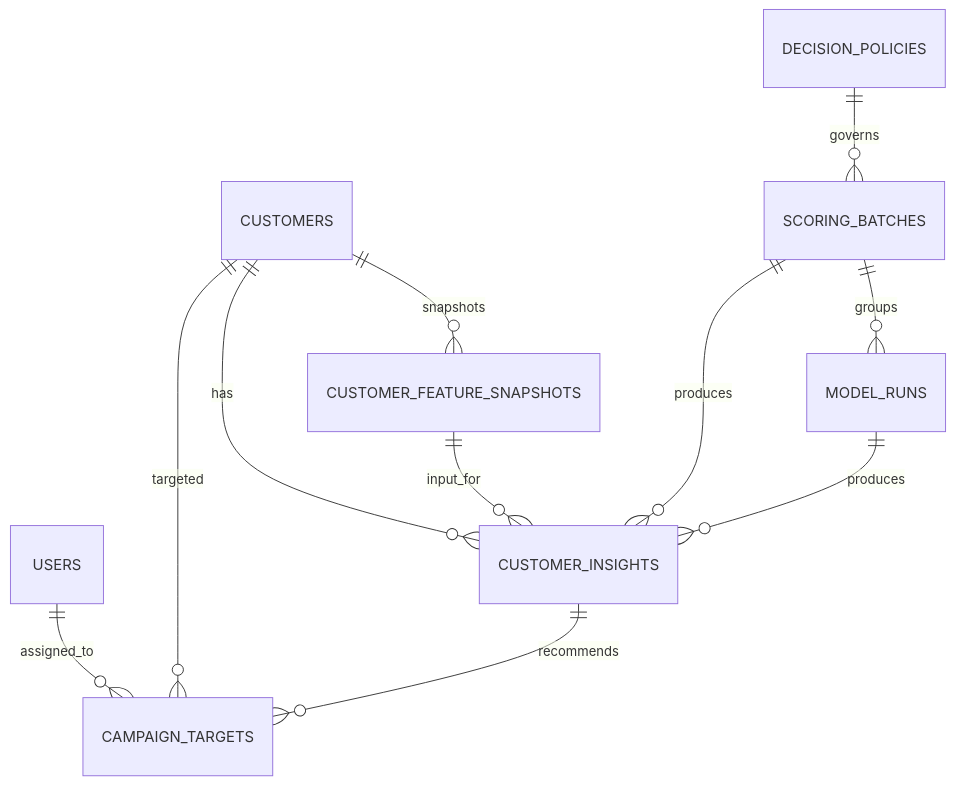
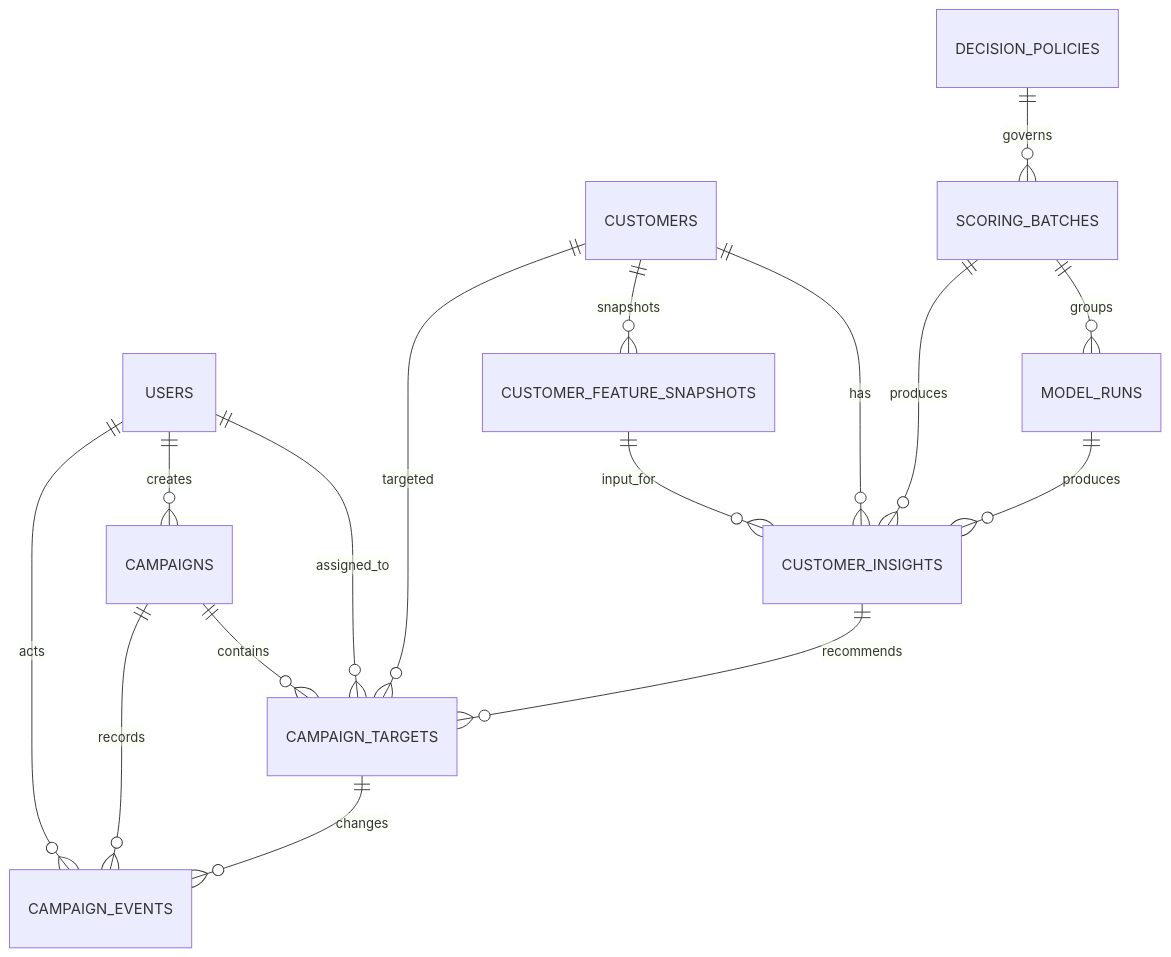
One commit to SKN-34-castleuk/SKN34-2nd-4Team changed the diagram in docs/database_schema.md. Above: the diagram before and after it, drawn with Mermaid. The commit also changed other lines of this file and 22 other files, not shown here.

````diff
--- a/docs/database_schema.md
+++ b/docs/database_schema.md
@@ -12,13 +12,18 @@
 ```mermaid
 erDiagram
     USERS ||--o{ CAMPAIGN_TARGETS : assigned_to
+    USERS ||--o{ CAMPAIGNS : creates
+    USERS ||--o{ CAMPAIGN_EVENTS : acts
     CUSTOMERS ||--o{ CUSTOMER_INSIGHTS : has
     CUSTOMERS ||--o{ CUSTOMER_FEATURE_SNAPSHOTS : snapshots
     CUSTOMER_FEATURE_SNAPSHOTS ||--o{ CUSTOMER_INSIGHTS : input_for
     CUSTOMERS ||--o{ CAMPAIGN_TARGETS : targeted
     DECISION_POLICIES ||--o{ SCORING_BATCHES : governs
     SCORING_BATCHES ||--o{ MODEL_RUNS : groups
     SCORING_BATCHES ||--o{ CUSTOMER_INSIGHTS : produces
     MODEL_RUNS ||--o{ CUSTOMER_INSIGHTS : produces
     CUSTOMER_INSIGHTS ||--o{ CAMPAIGN_TARGETS : recommends
+    CAMPAIGNS ||--o{ CAMPAIGN_TARGETS : contains
+    CAMPAIGNS ||--o{ CAMPAIGN_EVENTS : records
+    CAMPAIGN_TARGETS ||--o{ CAMPAIGN_EVENTS : changes
 ```
````
